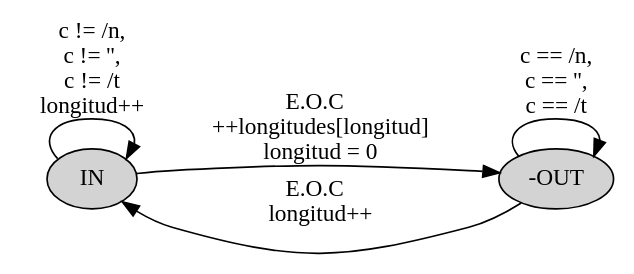
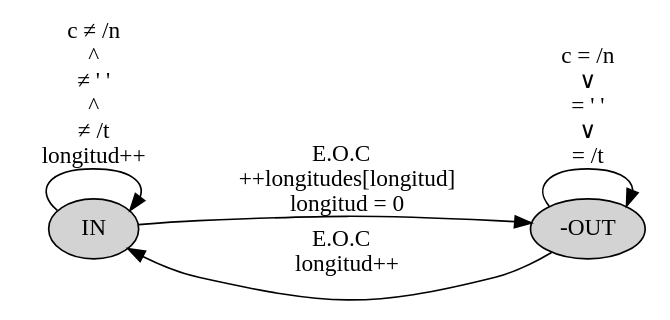
One commit to MosmannJuan/SSL-1 changed the diagram in 03-Contador/histograma.gv. Above: the diagram before and after it, drawn with Graphviz. The commit also changed 7 other files, not shown here.

```diff
--- a/03-Contador/histograma.gv
+++ b/03-Contador/histograma.gv
@@ -1,9 +1,9 @@
 digraph MAQUINA_DE_ESTADO {
     rankdir=LR;
 	size="8,5"
     node [style=filled];
     IN -> "-OUT" [label = "E.O.C  \n ++longitudes[longitud] \n longitud = 0"];
     "-OUT" -> IN [label = "E.O.C  \n longitud++"];
-    IN -> IN [label = "c != /n, \n c != '', \n c != /t \n longitud++"];
-    "-OUT" -> "-OUT" [label = "c == /n, \n c == '', \n c == /t"];
+    IN -> IN [label = "c ≠ /n \n ^ \n ≠ ' ' \n ^ \n ≠ /t \n longitud++"];
+    "-OUT" -> "-OUT" [label = "c = /n \n ∨ \n = ' ' \n ∨ \n = /t"];
 }
```
